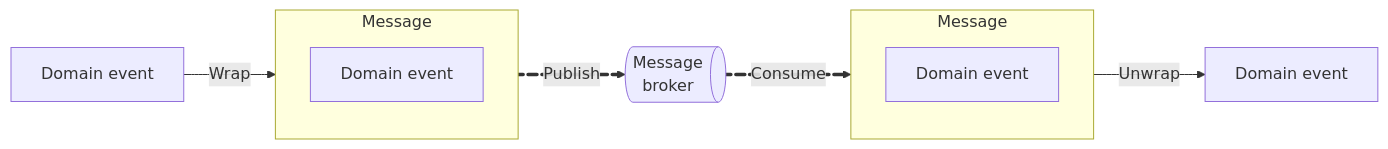
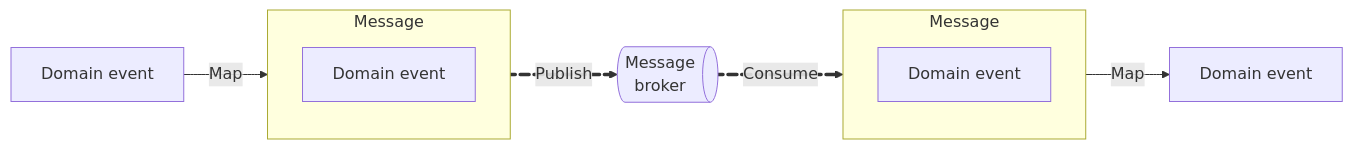
Before and after one commit to dugongjs/dugongjs: the first of 2 diagrams in packages/docs/docs/core-concepts/messages.md, drawn with Mermaid. The commit also changed other lines of this file and 18 other files, not shown here.

````diff
--- a/packages/docs/docs/core-concepts/messages.md
+++ b/packages/docs/docs/core-concepts/messages.md
@@ -11,20 +11,20 @@
 ```mermaid
 
 flowchart LR
     subgraph MessageInSub[Message]
         DomainEventMessageIn[Domain event]
     end
 
      subgraph MessageOutSub[Message]
         DomainEventMessageOut[Domain event]
     end
 
 
-    DomainEventIn[Domain event] --> |Wrap| MessageInSub
+    DomainEventIn[Domain event] --> |Map| MessageInSub
     MessageInSub publish@==> |Publish| MessageBroker@{ shape: das, label: "Message<br/>broker"}
     MessageBroker consume@==> |Consume| MessageOutSub
-    MessageOutSub --> |Unwrap| DomainEventOut[Domain event]
+    MessageOutSub --> |Map| DomainEventOut[Domain event]
 
     publish@{ animate: true }
     consume@{ animate: true}
 ```
````
